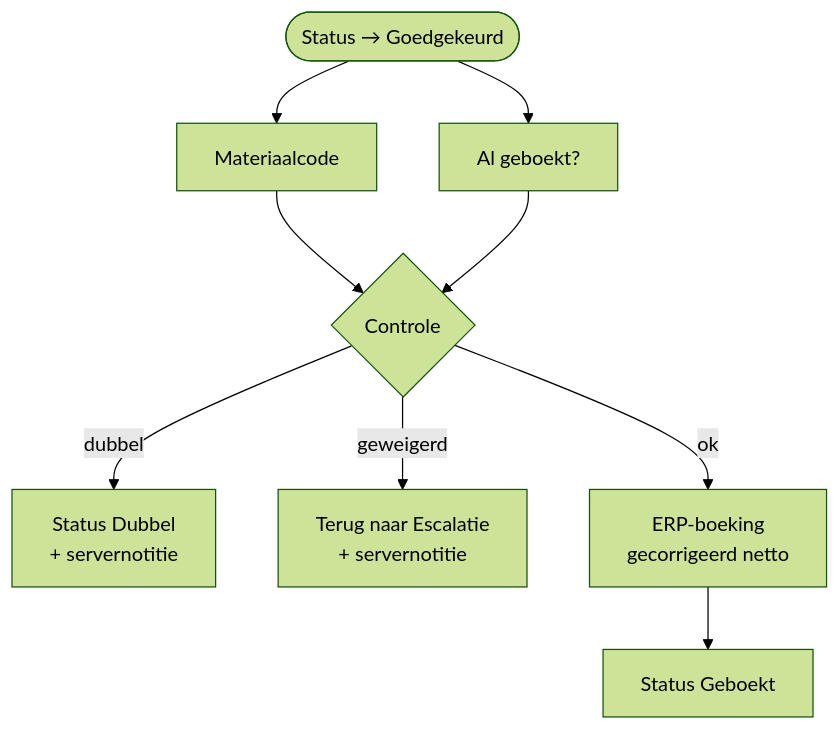
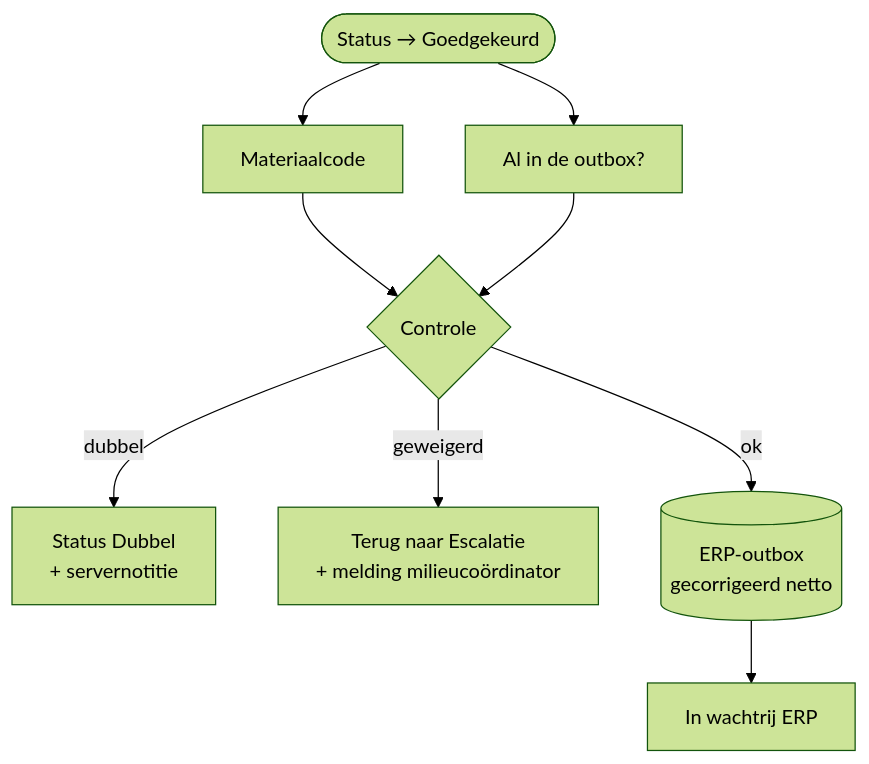
Before and after one commit to phlppgdfry/construction-digital-transformation: the diagram in power-platform/flows/HV-DI-02.md, drawn with Mermaid (forest theme). The commit also changed other lines of this file and 109 other files, not shown here.

````diff
--- a/power-platform/flows/HV-DI-02.md
+++ b/power-platform/flows/HV-DI-02.md
@@ -40,9 +42,9 @@
 ```mermaid
 flowchart TD
-  T([Status → Goedgekeurd]) --> M[Materiaalcode] & G[Al geboekt?]
+  T([Status → Goedgekeurd]) --> M[Materiaalcode] & G[Al in de outbox?]
   M --> C{Controle}
   G --> C
   C -->|dubbel| D[Status Dubbel<br/>+ servernotitie]
-  C -->|geweigerd| E[Terug naar Escalatie<br/>+ servernotitie]
-  C -->|ok| B[ERP-boeking<br/>gecorrigeerd netto] --> S[Status Geboekt]
+  C -->|geweigerd| E[Terug naar Escalatie<br/>+ melding milieucoördinator]
+  C -->|ok| B[(ERP-outbox<br/>gecorrigeerd netto)] --> S[In wachtrij ERP]
 ```
````
